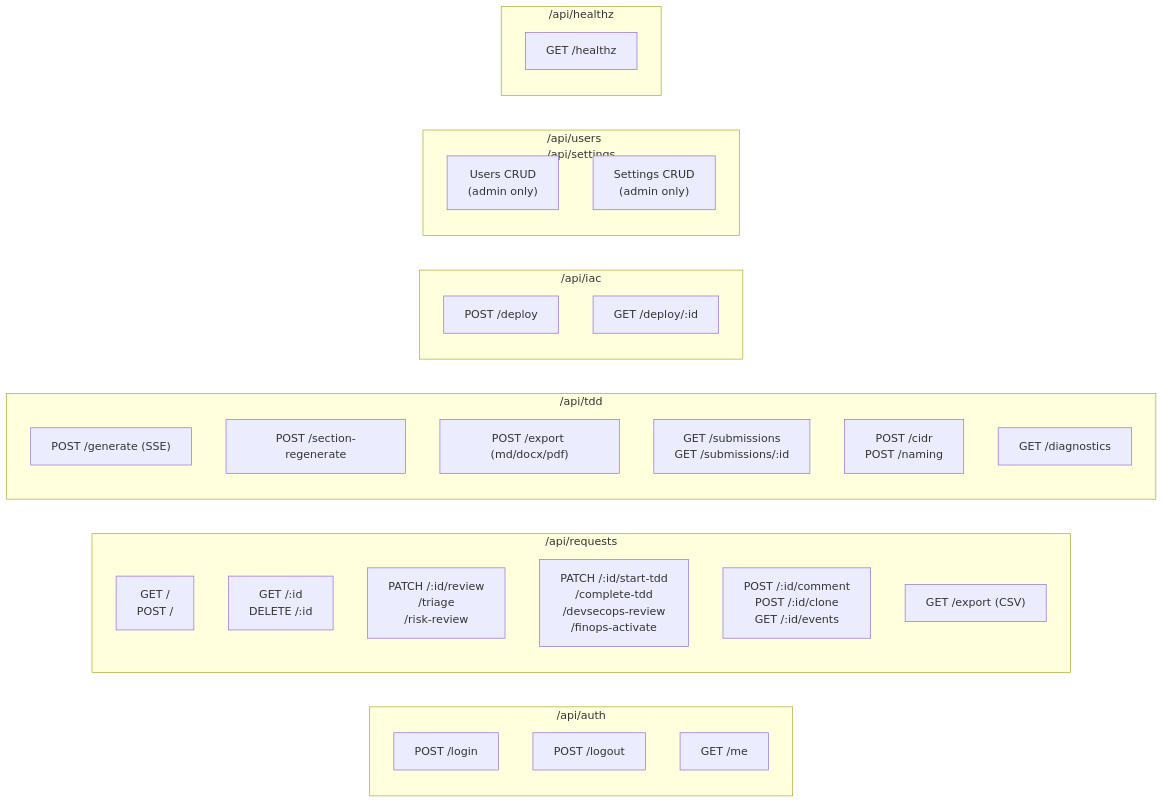
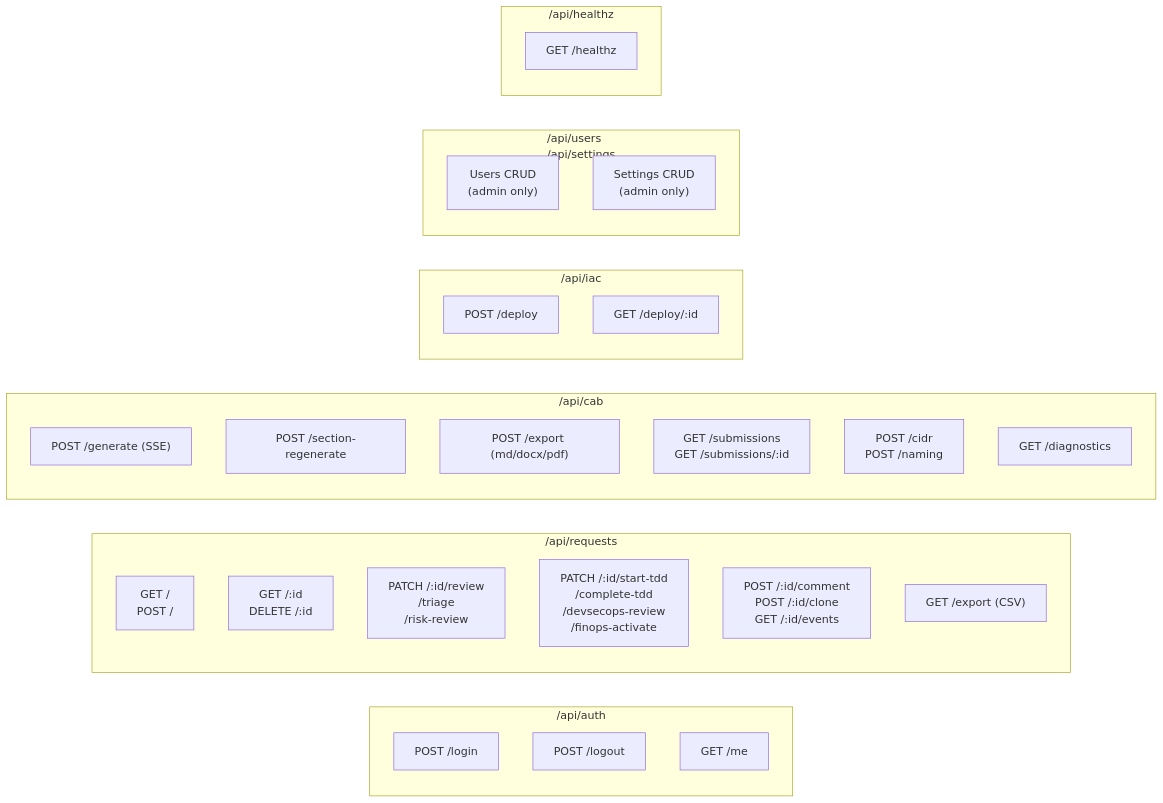
One commit to ritesh121995/unifiedportal_tdd changed the seventh of 13 diagrams in ARCHITECTURE.md. Above: the diagram before and after it, drawn with Mermaid. The commit also changed other lines of this file and 64 other files, not shown here.

First line of the commit message:
rebrand: rename TDD to Cloud Architecture Blueprint (CAB)

````diff
--- a/ARCHITECTURE.md
+++ b/ARCHITECTURE.md
@@ -181,40 +181,40 @@
 ```mermaid
 flowchart LR
     subgraph Auth["/api/auth"]
         A1["POST /login"]
         A2["POST /logout"]
         A3["GET  /me"]
     end
 
     subgraph Requests["/api/requests"]
         B1["GET  /\nPOST /"]
         B2["GET  /:id\nDELETE /:id"]
         B3["PATCH /:id/review\n/triage\n/risk-review"]
         B4["PATCH /:id/start-tdd\n/complete-tdd\n/devsecops-review\n/finops-activate"]
         B5["POST /:id/comment\nPOST /:id/clone\nGET  /:id/events"]
         B6["GET /export (CSV)"]
     end
 
-    subgraph TDD["/api/tdd"]
+    subgraph CAB["/api/cab"]
         C1["POST /generate (SSE)"]
         C2["POST /section-regenerate"]
         C3["POST /export (md/docx/pdf)"]
         C4["GET  /submissions\nGET  /submissions/:id"]
         C5["POST /cidr\nPOST /naming"]
         C6["GET  /diagnostics"]
     end
 
     subgraph IaC["/api/iac"]
         D1["POST /deploy"]
         D2["GET  /deploy/:id"]
     end
 
     subgraph Admin["/api/users\n/api/settings"]
         E1["Users CRUD\n(admin only)"]
         E2["Settings CRUD\n(admin only)"]
     end
 
     subgraph Health["/api/healthz"]
         F1["GET /healthz"]
     end
 ```
````
